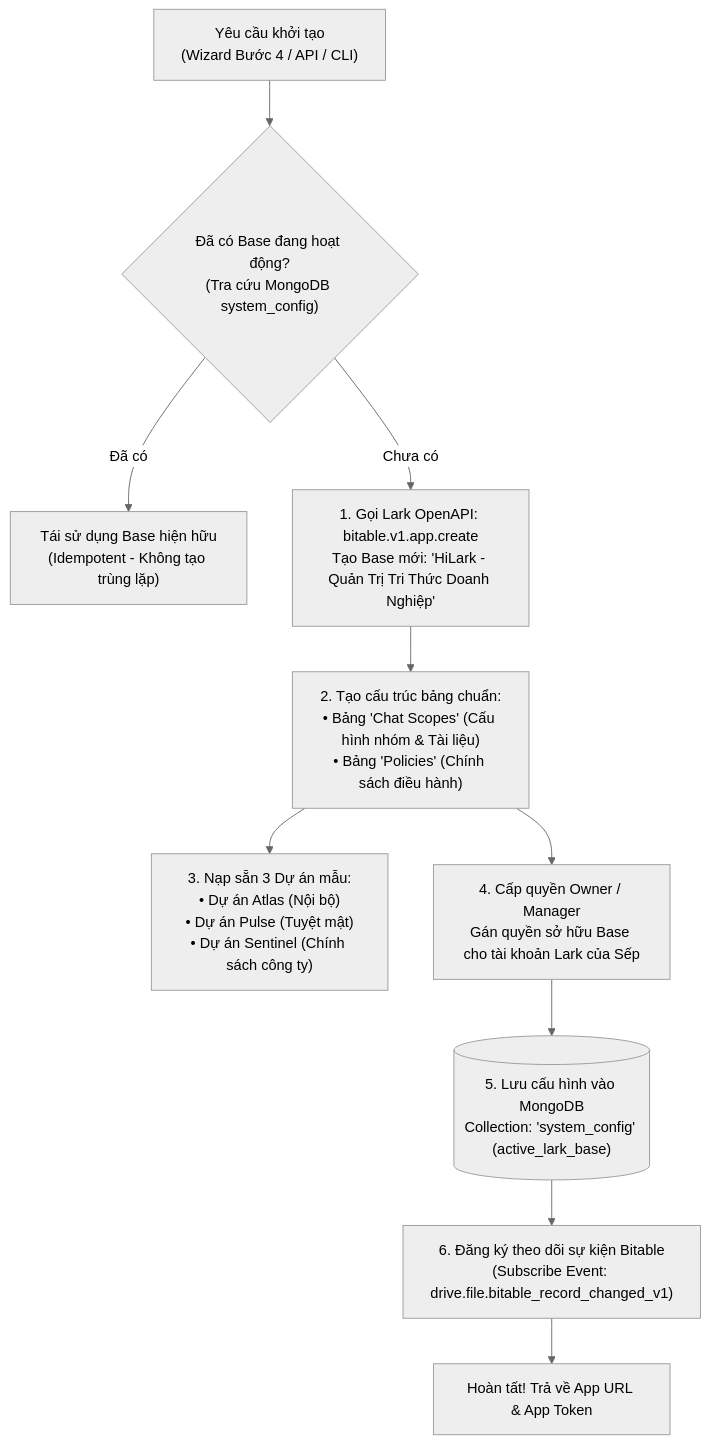
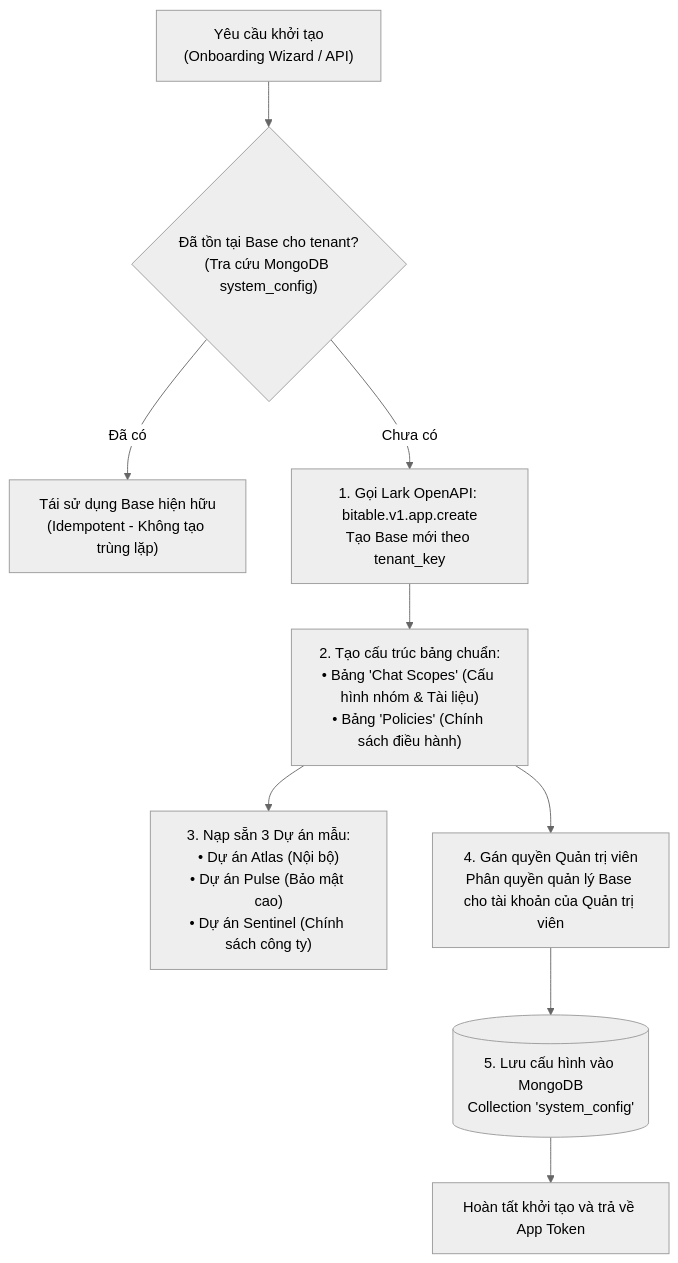
One commit to tetsde/LarkAssistant changed the diagram in server/docs/LarkBase/README.md. Above: the diagram before and after it, drawn with Mermaid (neutral theme). The commit also changed other lines of this file and 20 other files, not shown here.

Commit message:
docs: update architecture documentation and diagrams

````diff
--- a/server/docs/LarkBase/README.md
+++ b/server/docs/LarkBase/README.md
@@ -25,15 +34,14 @@
 ```mermaid
 flowchart TD
-    Trigger["Yêu cầu khởi tạo<br/>(Wizard Bước 4 / API / CLI)"] --> CheckExist{"Đã có Base đang hoạt động?<br/>(Tra cứu MongoDB system_config)"}
+    Trigger["Yêu cầu khởi tạo<br/>(Onboarding Wizard / API)"] --> CheckExist{"Đã tồn tại Base cho tenant?<br/>(Tra cứu MongoDB system_config)"}
     
     CheckExist -->|Đã có| ReturnExisting["Tái sử dụng Base hiện hữu<br/>(Idempotent - Không tạo trùng lặp)"]
-    CheckExist -->|Chưa có| CreateApp["1. Gọi Lark OpenAPI: bitable.v1.app.create<br/>Tạo Base mới: 'HiLark - Quản Trị Tri Thức Doanh Nghiệp'"]
+    CheckExist -->|Chưa có| CreateApp["1. Gọi Lark OpenAPI: bitable.v1.app.create<br/>Tạo Base mới theo tenant_key"]
     
     CreateApp --> CreateTables["2. Tạo cấu trúc bảng chuẩn:<br/>• Bảng 'Chat Scopes' (Cấu hình nhóm & Tài liệu)<br/>• Bảng 'Policies' (Chính sách điều hành)"]
-    CreateTables --> SeedData["3. Nạp sẵn 3 Dự án mẫu:<br/>• Dự án Atlas (Nội bộ)<br/>• Dự án Pulse (Tuyệt mật)<br/>• Dự án Sentinel (Chính sách công ty)"]
-    CreateTables --> AssignPerm["4. Cấp quyền Owner / Manager<br/>Gán quyền sở hữu Base cho tài khoản Lark của Sếp"]
+    CreateTables --> SeedData["3. Nạp sẵn 3 Dự án mẫu:<br/>• Dự án Atlas (Nội bộ)<br/>• Dự án Pulse (Bảo mật cao)<br/>• Dự án Sentinel (Chính sách công ty)"]
+    CreateTables --> AssignPerm["4. Gán quyền Quản trị viên<br/>Phân quyền quản lý Base cho tài khoản của Quản trị viên"]
     
-    AssignPerm --> PersistConfig[("5. Lưu cấu hình vào MongoDB<br/>Collection: 'system_config' (active_lark_base)")]
-    PersistConfig --> SubEvents["6. Đăng ký theo dõi sự kiện Bitable<br/>(Subscribe Event: drive.file.bitable_record_changed_v1)"]
-    SubEvents --> Done["Hoàn tất! Trả về App URL & App Token"]
+    AssignPerm --> PersistConfig[("5. Lưu cấu hình vào MongoDB<br/>Collection 'system_config'")]
+    PersistConfig --> Done["Hoàn tất khởi tạo và trả về App Token"]
 ```
````
